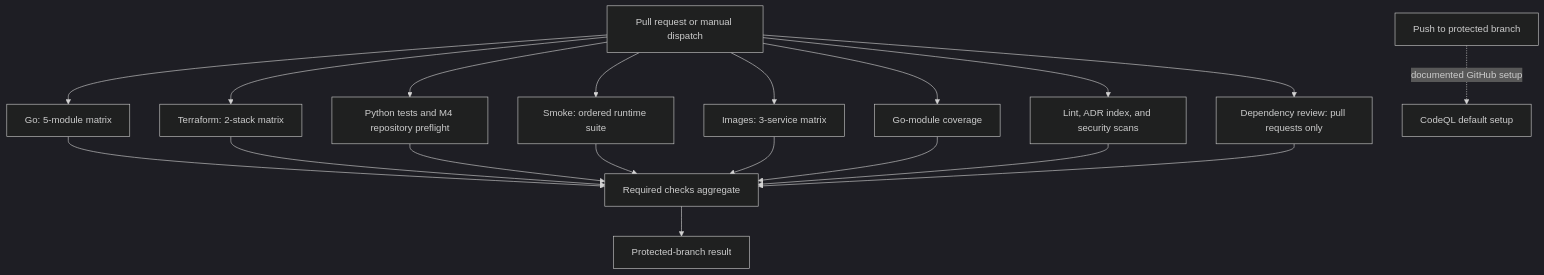
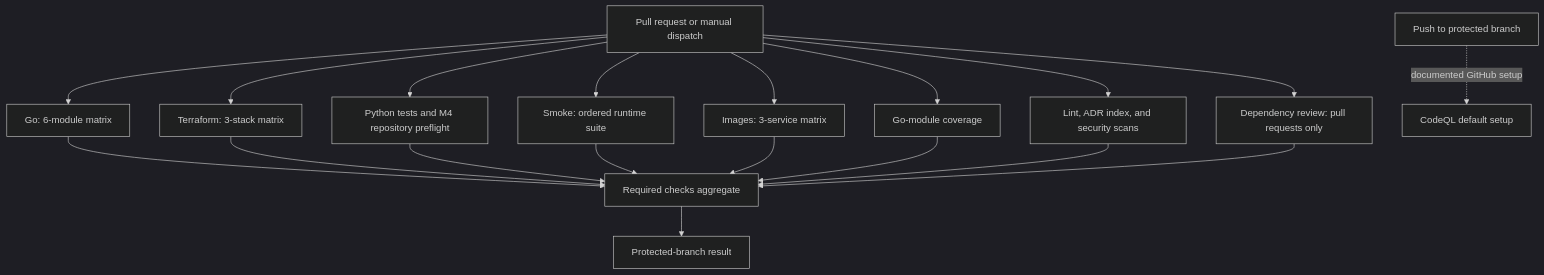
The diagram in docs/repository-file-checks.md (lilabrooks/my-local-platform), drawn with Mermaid (dark theme) before and after one commit. The commit also changed other lines of this file and 36 other files, not shown here.

````diff
--- a/docs/repository-file-checks.md
+++ b/docs/repository-file-checks.md
@@ -52,24 +52,24 @@
 ```mermaid
 flowchart TD
     event[Pull request or manual dispatch]
-    event --> go[Go: 5-module matrix]
-    event --> terraform[Terraform: 2-stack matrix]
+    event --> go[Go: 6-module matrix]
+    event --> terraform[Terraform: 3-stack matrix]
     event --> python[Python tests and M4 repository preflight]
     event --> smoke[Smoke: ordered runtime suite]
     event --> image[Images: 3-service matrix]
     event --> modules[Go-module coverage]
     event --> lint[Lint, ADR index, and security scans]
     event --> dependency[Dependency review: pull requests only]
 
     go --> required[Required checks aggregate]
     terraform --> required
     python --> required
     smoke --> required
     image --> required
     modules --> required
     lint --> required
     dependency --> required
     required --> protection[Protected-branch result]
 
     push[Push to protected branch] -. documented GitHub setup .-> codeql[CodeQL default setup]
 ```
````
